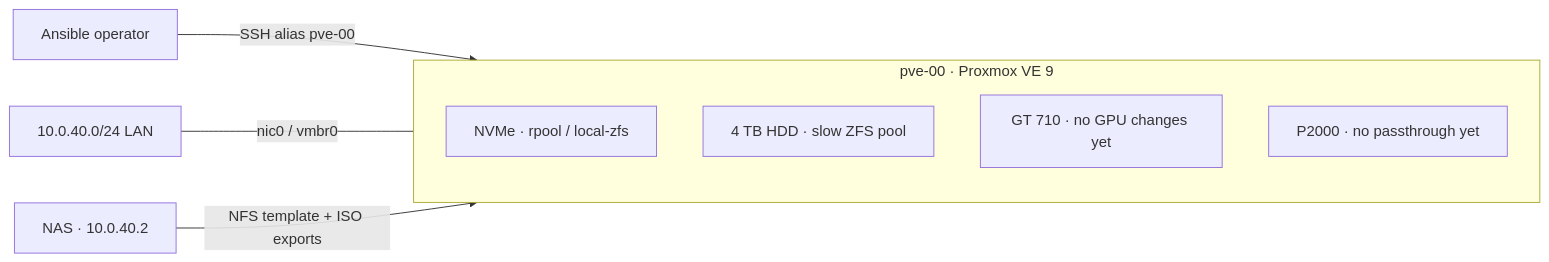
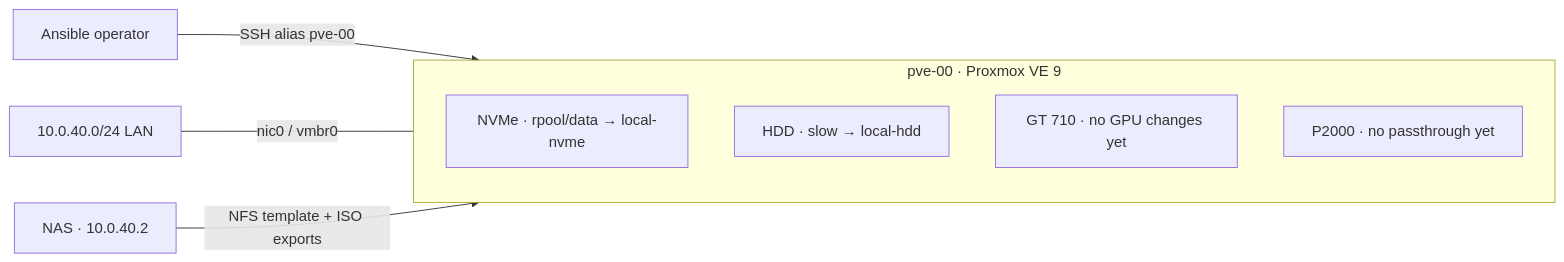
The diagram in README.md (fabricesemti80/home-dc-proxmox), drawn with Mermaid before and after one commit. The commit also changed other lines of this file and 5 other files, not shown here.

Commit message:
Rename local ZFS storage IDs to NVMe and HDD

````diff
--- a/README.md
+++ b/README.md
@@ -7,12 +7,12 @@
 ```mermaid
 flowchart LR
     operator[Ansible operator] -->|SSH alias pve-00| host
     lan[10.0.40.0/24 LAN] ---|nic0 / vmbr0| host
     nas[NAS · 10.0.40.2] -->|NFS template + ISO exports| host
     subgraph host[pve-00 · Proxmox VE 9]
-        zfs[NVMe · rpool / local-zfs]
-        hdd[4 TB HDD · slow ZFS pool]
+        zfs[NVMe · rpool/data → local-nvme]
+        hdd[HDD · slow → local-hdd]
         console[GT 710 · no GPU changes yet]
         gpu[P2000 · no passthrough yet]
     end
 ```
````
